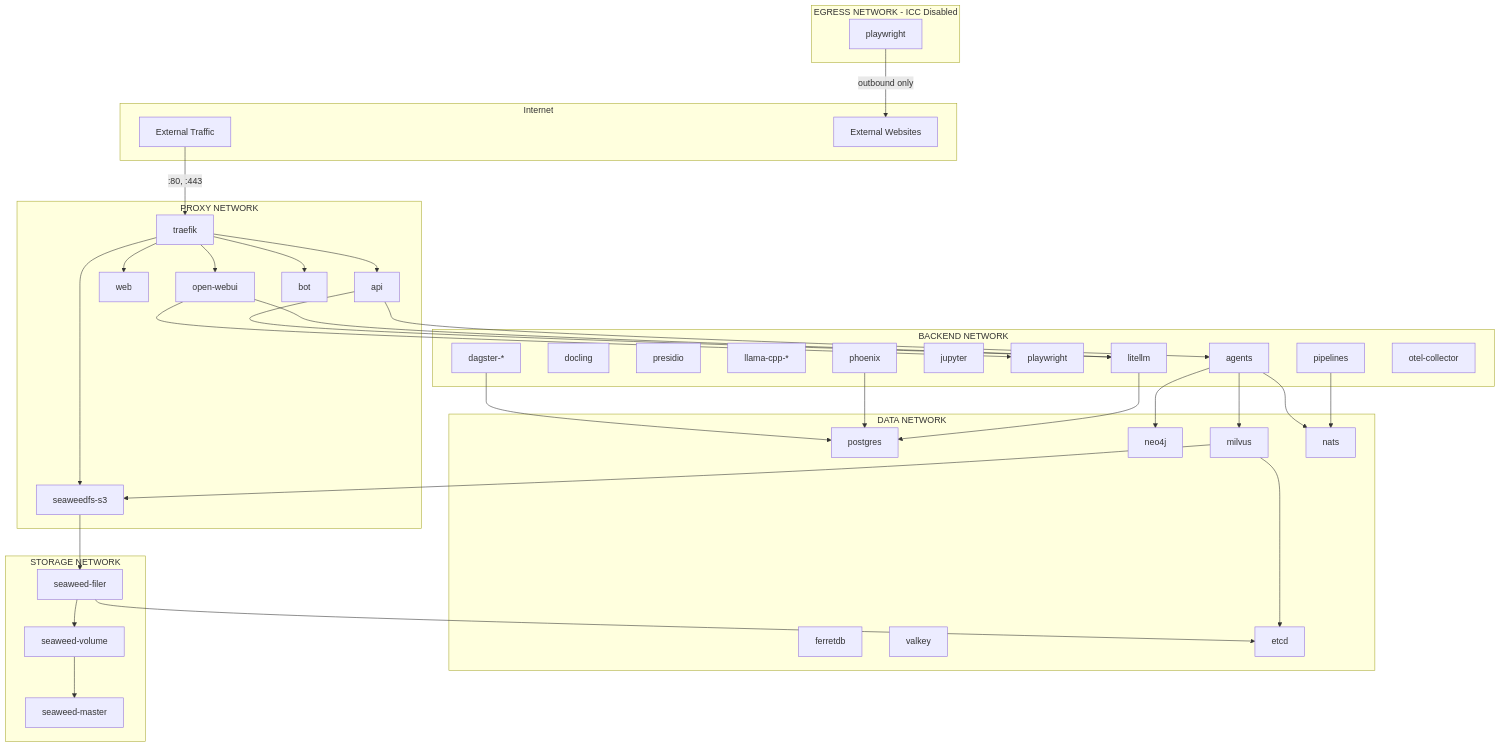
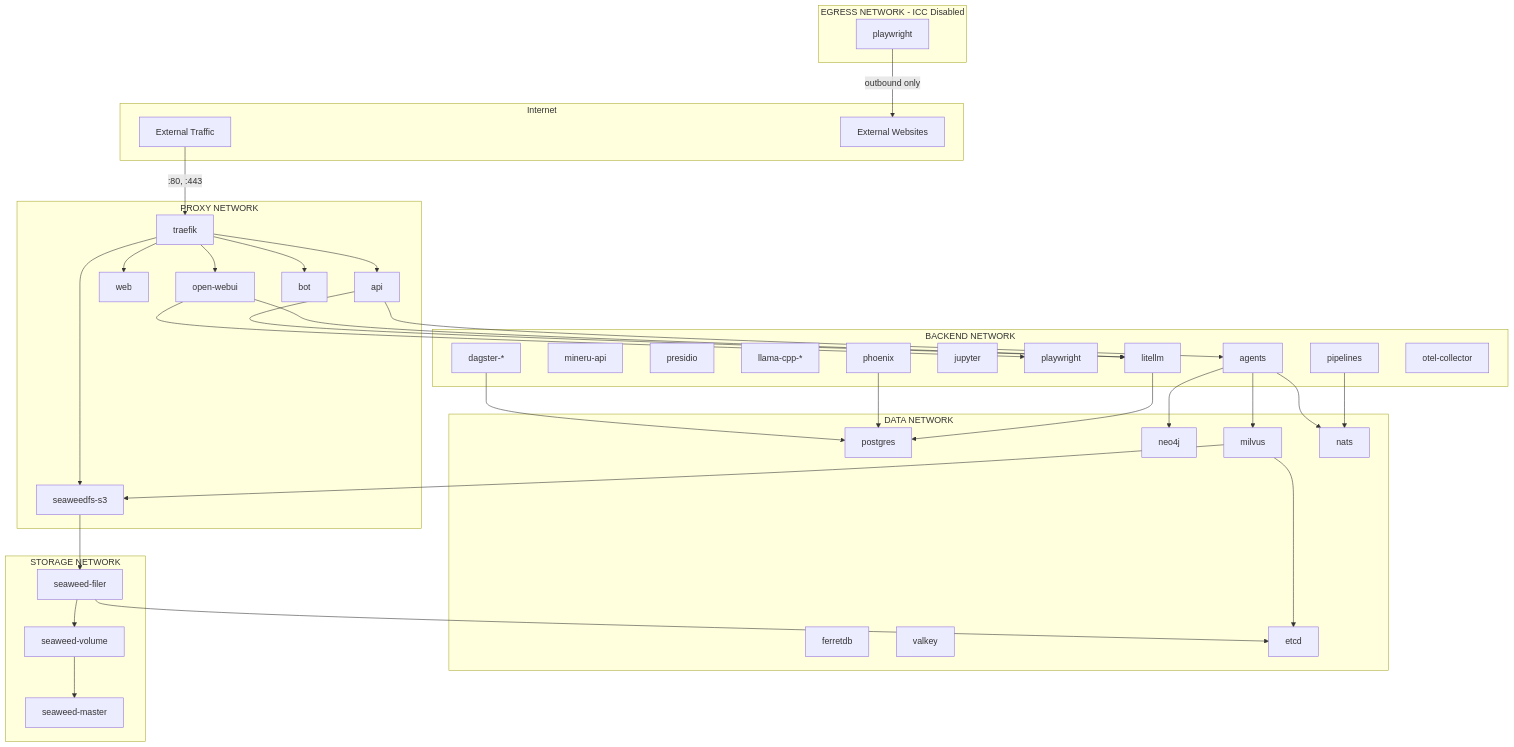
One commit to bbvch-ai/aihub-core changed the diagram in aihub_doc/docs/2_platform/2_architecture/4_network_isolation/index.en.md. Above: the diagram before and after it, drawn with Mermaid. The commit also changed other lines of this file and 18 other files, not shown here.

First line of the commit message:
refactor(mineru): Replace Docling with MinerU across loaders, API, and docs

````diff
--- a/aihub_doc/docs/2_platform/2_architecture/4_network_isolation/index.en.md
+++ b/aihub_doc/docs/2_platform/2_architecture/4_network_isolation/index.en.md
@@ -96,78 +96,78 @@
 ```mermaid
 flowchart TB
     subgraph Internet
         ext[External Traffic]
         websites[External Websites]
     end
 
     subgraph proxy[PROXY NETWORK]
         traefik[traefik]
         api[api]
         web[web]
         openwebui[open-webui]
         bot[bot]
         s3proxy[seaweedfs-s3]
     end
 
     subgraph backend[BACKEND NETWORK]
         litellm[litellm]
-        docling[docling]
+        mineru-api[mineru-api]
         presidio[presidio]
         llama[llama-cpp-*]
         agents[agents]
         jupyter[jupyter]
         playwright[playwright]
         dagster[dagster-*]
         pipelines[pipelines]
         phoenix[phoenix]
         otel[otel-collector]
     end
 
     subgraph egress[EGRESS NETWORK - ICC Disabled]
         playwright_egress[playwright]
     end
 
     subgraph data[DATA NETWORK]
         postgres[postgres]
         ferretdb[ferretdb]
         neo4j[neo4j]
         milvus[milvus]
         valkey[valkey]
         nats[nats]
         etcd[etcd]
     end
 
     subgraph storage[STORAGE NETWORK]
         swmaster[seaweed-master]
         swvolume[seaweed-volume]
         swfiler[seaweed-filer]
     end
 
     ext -->|:80, :443| traefik
     traefik --> api
     traefik --> web
     traefik --> openwebui
     traefik --> bot
     traefik --> s3proxy
 
     api --> litellm
     api --> agents
     openwebui --> litellm
     openwebui --> playwright
     agents --> nats
     agents --> milvus
     agents --> neo4j
     pipelines --> nats
     dagster --> postgres
     phoenix --> postgres
     litellm --> postgres
 
     milvus --> etcd
     milvus --> s3proxy
     swfiler --> etcd
     s3proxy --> swfiler
     swfiler --> swvolume
     swvolume --> swmaster
 
     playwright_egress -->|outbound only| websites
 ```
````
